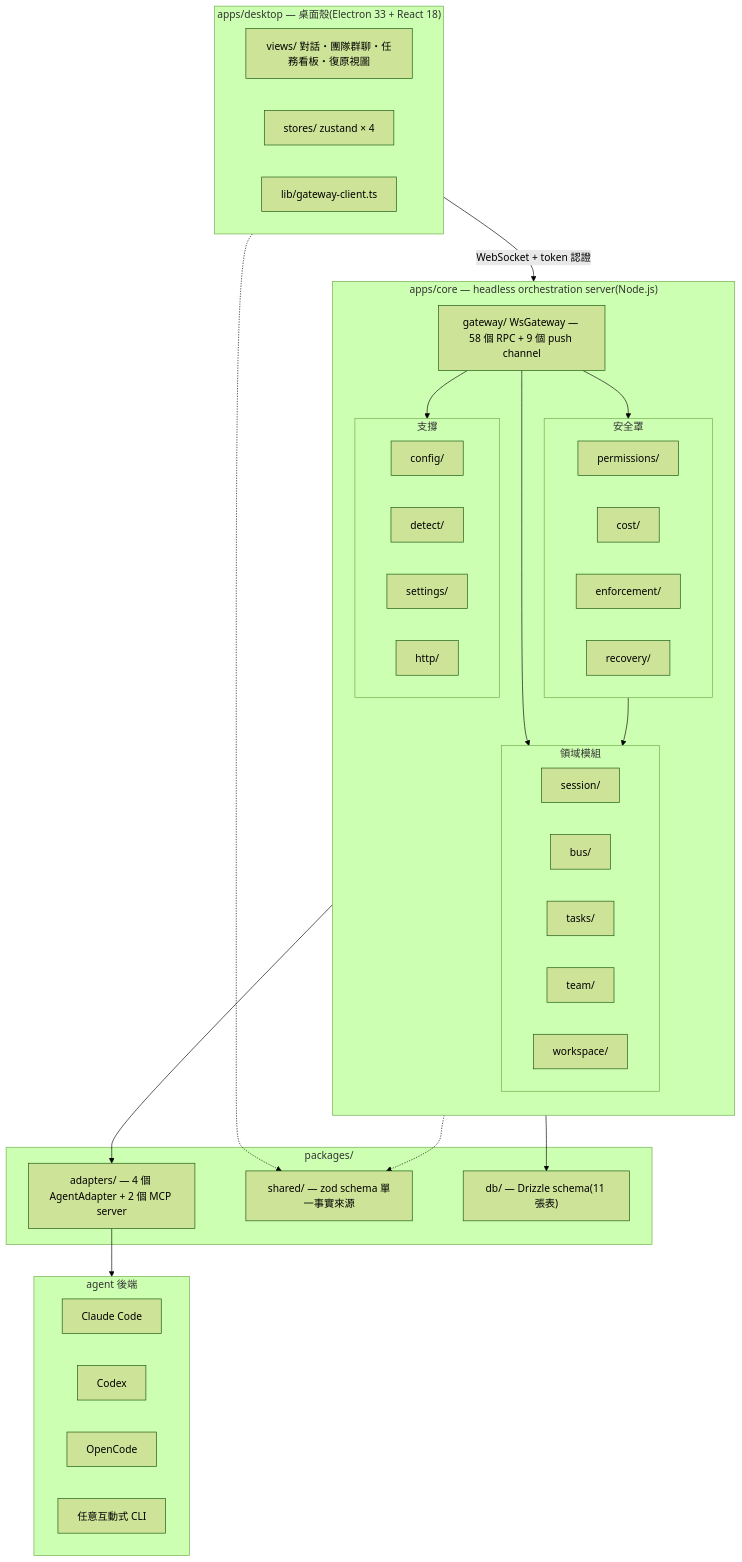
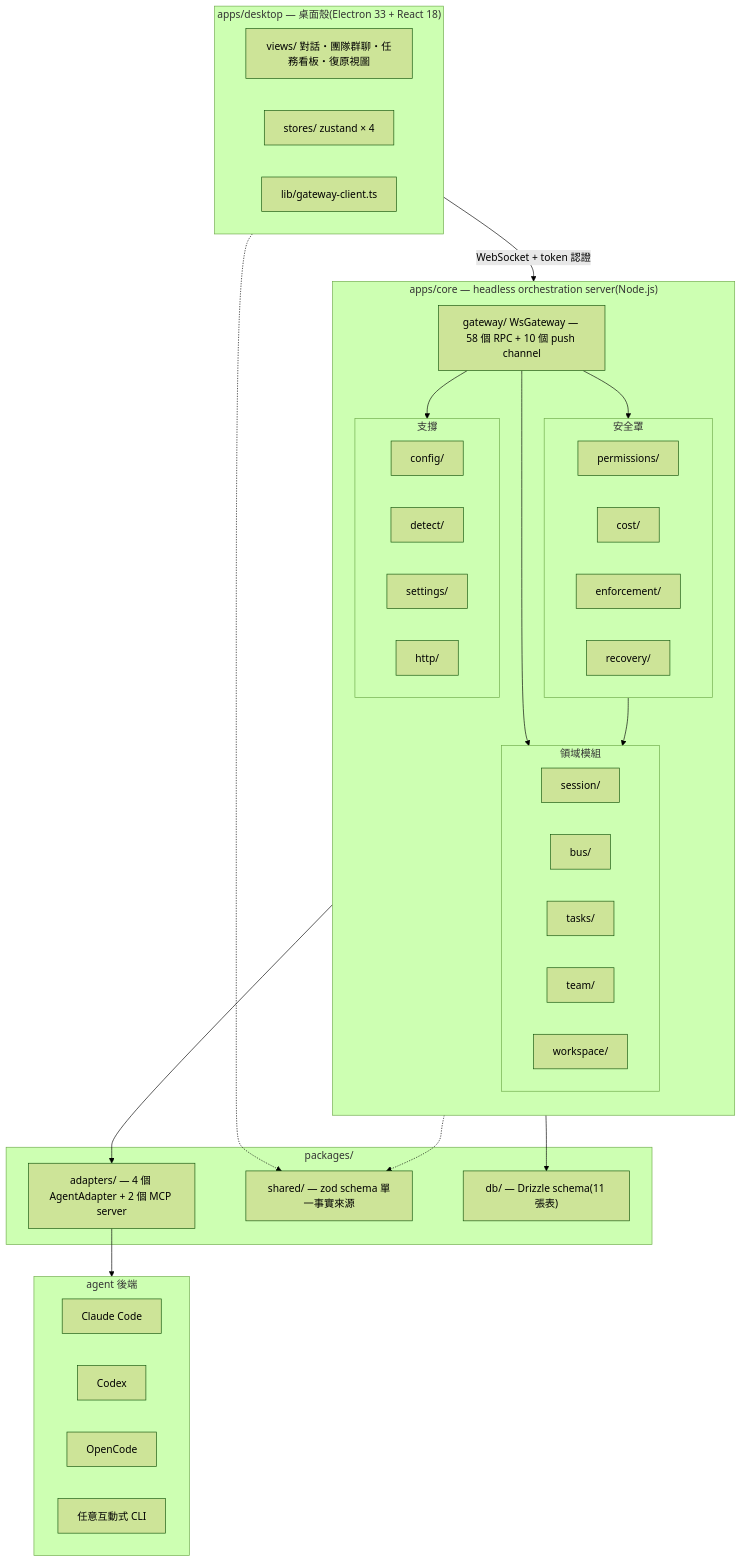
One commit to xing-101729/deskmony changed the first of 6 diagrams in docs/ARCHITECTURE.md. Above: the diagram before and after it, drawn with Mermaid (forest theme). The commit also changed other lines of this file and 2 other files, not shown here.

First line of the commit message:
Rewrite both READMEs from the audited architecture

````diff
--- a/docs/ARCHITECTURE.md
+++ b/docs/ARCHITECTURE.md
@@ -40,61 +44,61 @@
 ```mermaid
 flowchart TB
     subgraph SHELL["apps/desktop — 桌面殼(Electron 33 + React 18)"]
         direction LR
         Views["views/ 對話・團隊群聊・任務看板・復原視圖"]
         Stores["stores/ zustand × 4"]
         GWC["lib/gateway-client.ts"]
     end
 
     subgraph CORE["apps/core — headless orchestration server(Node.js)"]
         direction TB
-        GW["gateway/ WsGateway — 58 個 RPC + 9 個 push channel"]
+        GW["gateway/ WsGateway — 58 個 RPC + 10 個 push channel"]
         subgraph DOMAIN["領域模組"]
             direction LR
             Sess["session/"]
             Bus["bus/"]
             Task["tasks/"]
             Team["team/"]
             Work["workspace/"]
         end
         subgraph SHIELD["安全罩"]
             direction LR
             Perm["permissions/"]
             Cost["cost/"]
             Enf["enforcement/"]
             Rec["recovery/"]
         end
         subgraph SUPPORT["支撐"]
             direction LR
             Cfg["config/"]
             Det["detect/"]
             Set["settings/"]
             Http["http/"]
         end
     end
 
     subgraph PKG["packages/"]
         Adapters["adapters/ — 4 個 AgentAdapter + 2 個 MCP server"]
         Shared["shared/ — zod schema 單一事實來源"]
         Db["db/ — Drizzle schema(11 張表)"]
     end
 
     subgraph BACKENDS["agent 後端"]
         direction LR
         CC["Claude Code"]
         CDX["Codex"]
         OCS["OpenCode"]
         ANY["任意互動式 CLI"]
     end
 
     SHELL -- "WebSocket + token 認證" --> GW
     GW --> DOMAIN
     GW --> SHIELD
     GW --> SUPPORT
     DOMAIN --> Adapters
     SHIELD --> DOMAIN
     CORE --> Db
     Adapters --> BACKENDS
     SHELL -.-> Shared
     CORE -.-> Shared
 ```
````
